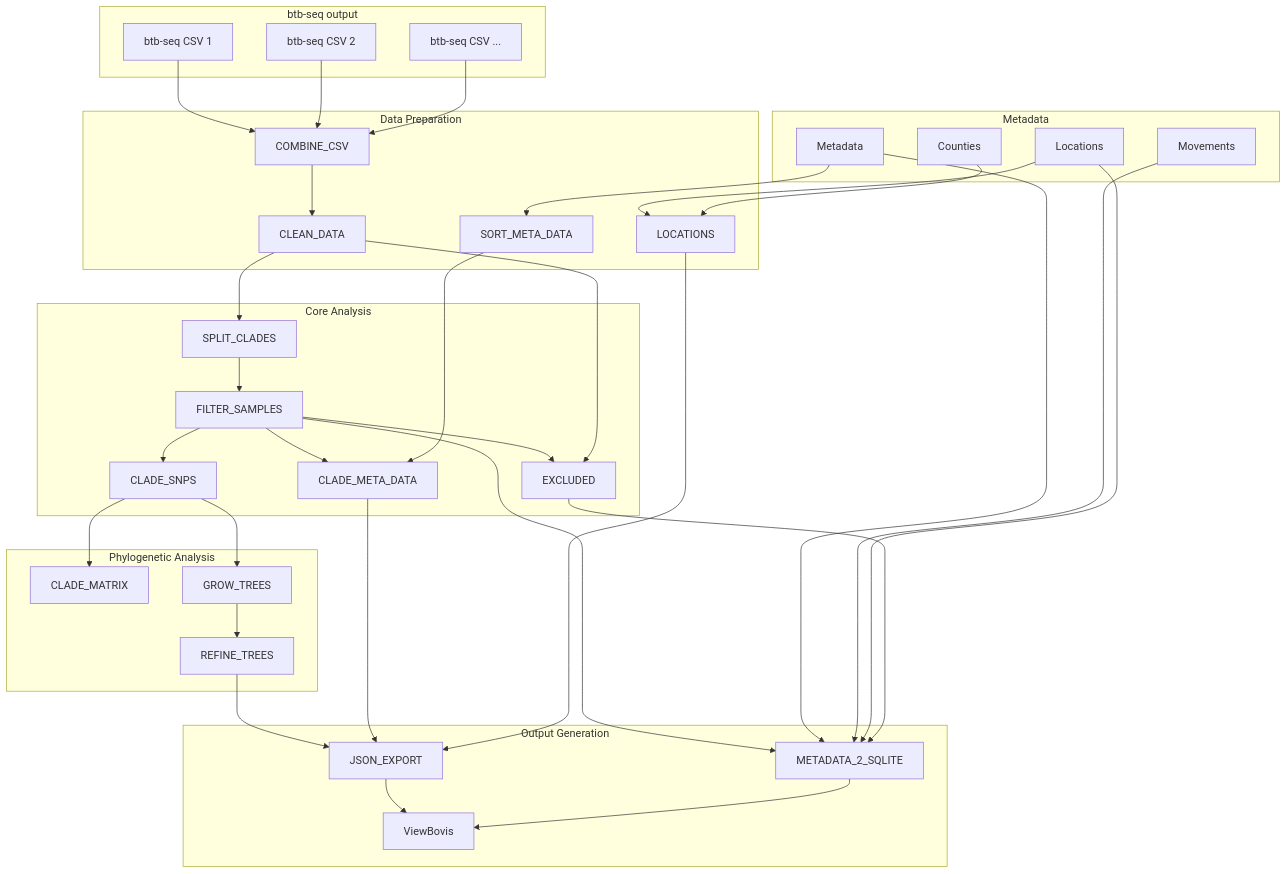
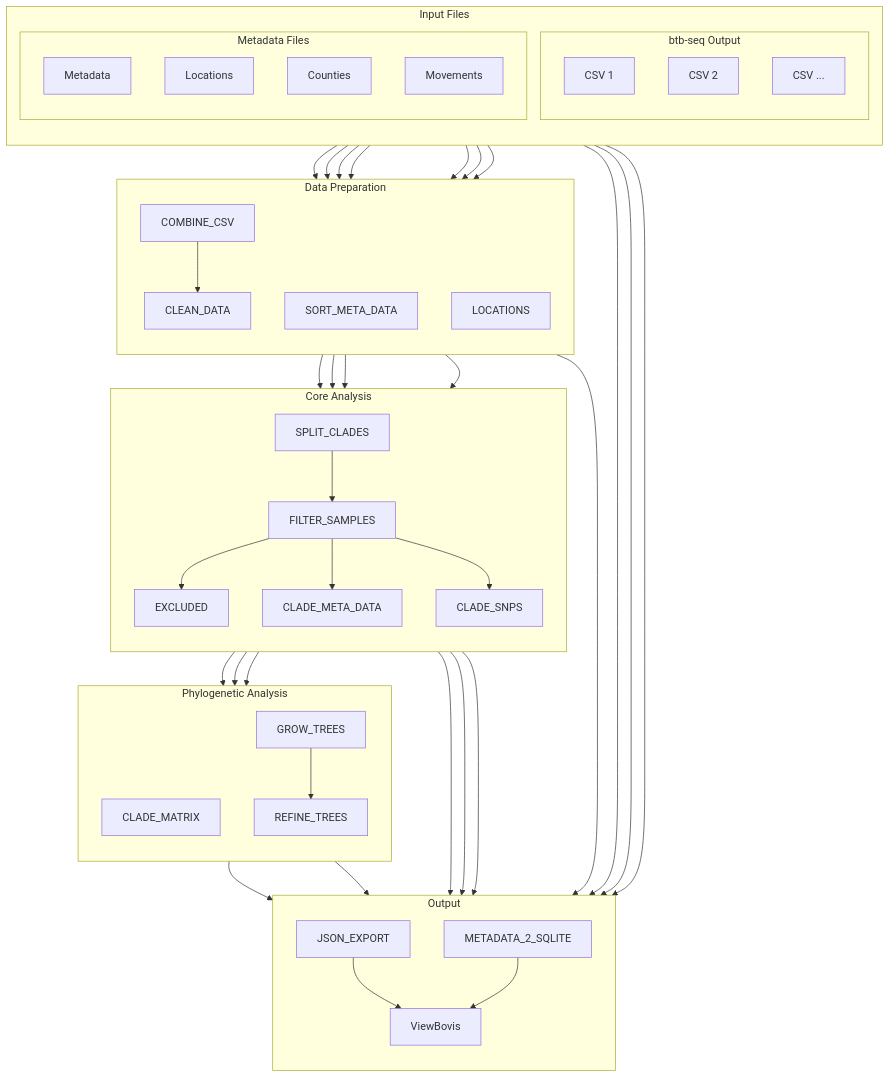
The diagram in README.md (APHA-CSU/btb-forestry), drawn with Mermaid before and after one commit. The commit also changed other lines of this file, not shown here.

````diff
--- a/README.md
+++ b/README.md
@@ -30,22 +21,24 @@
 ```mermaid
 flowchart TD
-    %% Input
-    subgraph input1 ["btb-seq output"]
-        AA[btb-seq CSV 1]
-        AB[btb-seq CSV 2] 
-        AC[btb-seq CSV ...]
-    end
-
-    %% CSV
-    subgraph input2 ["Metadata"]
-        C[Metadata]
-        E[Locations]
-        G[Counties]
-        U[Movements]
+    %% Input files
+    subgraph inputs ["Input Files"]
+        direction TB
+        subgraph btb ["btb-seq Output"]
+            AA[CSV 1]
+            AB[CSV 2] 
+            AC[CSV ...]
+        end
+        subgraph meta ["Metadata Files"]
+            C[Metadata]
+            E[Locations]
+            G[Counties]
+            U[Movements]
+        end
     end
     
     %% Data preparation
     subgraph prep ["Data Preparation"]
+        direction TB
         BA[COMBINE_CSV]
         B[CLEAN_DATA]
         D[SORT_META_DATA]
@@ -54,6 +47,7 @@
     
     %% Core analysis
     subgraph analysis ["Core Analysis"]
+        direction TB
         K[SPLIT_CLADES]
         L[FILTER_SAMPLES]
         M[EXCLUDED]
@@ -63,19 +57,27 @@
     
     %% Phylogenetic analysis
     subgraph phylo ["Phylogenetic Analysis"]
+        direction TB
         P[CLADE_MATRIX]
         Q[GROW_TREES]
         R[REFINE_TREES]
     end
     
-    %% Output generation
-    subgraph output ["Output Generation"]
+    %% Output
+    subgraph output ["Output"]
+        direction TB
         S[JSON_EXPORT]
         T[METADATA_2_SQLITE]
         V[ViewBovis]
     end
     
-    %% Connections
+    %% Vertical flow connections
+    inputs --> prep
+    prep --> analysis
+    analysis --> phylo
+    phylo --> output
+    
+    %% Specific connections
     AA --> BA
     AB --> BA
     AC --> BA
````
